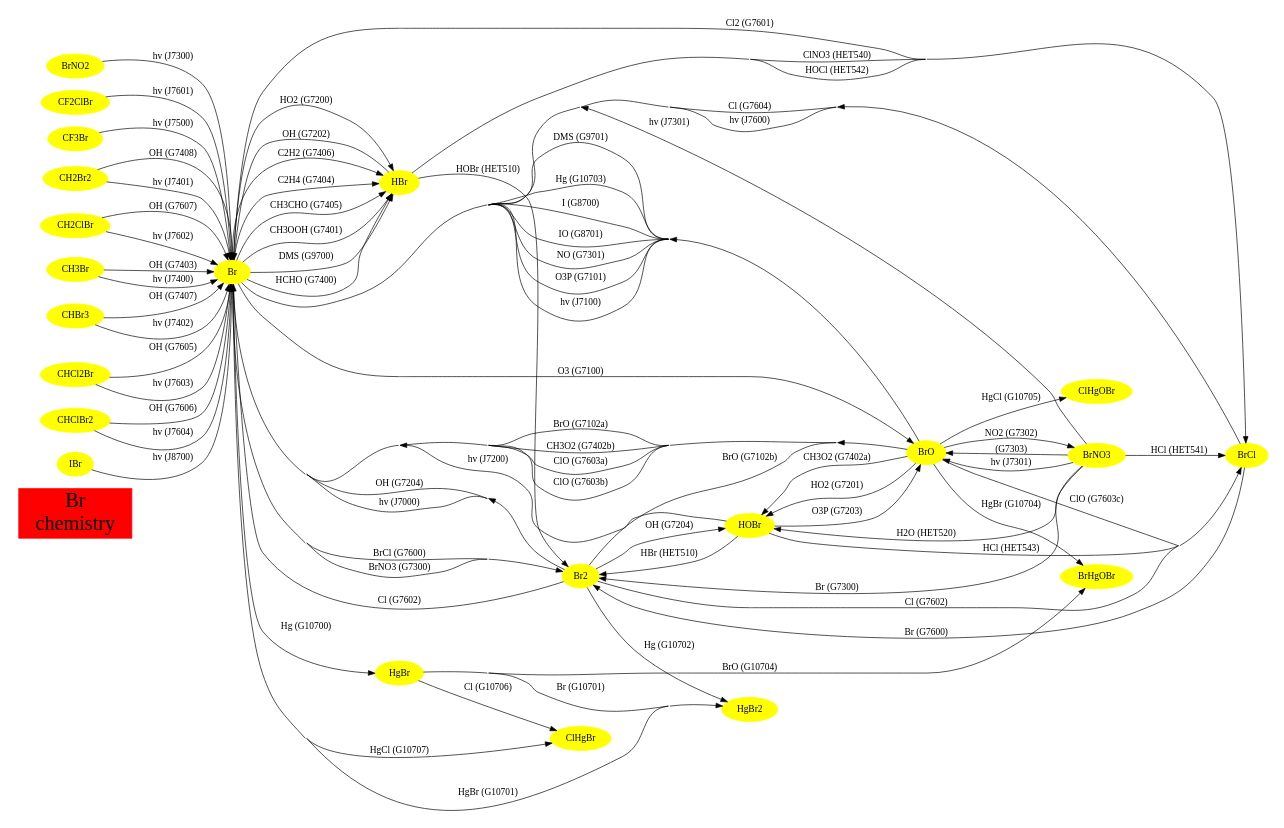
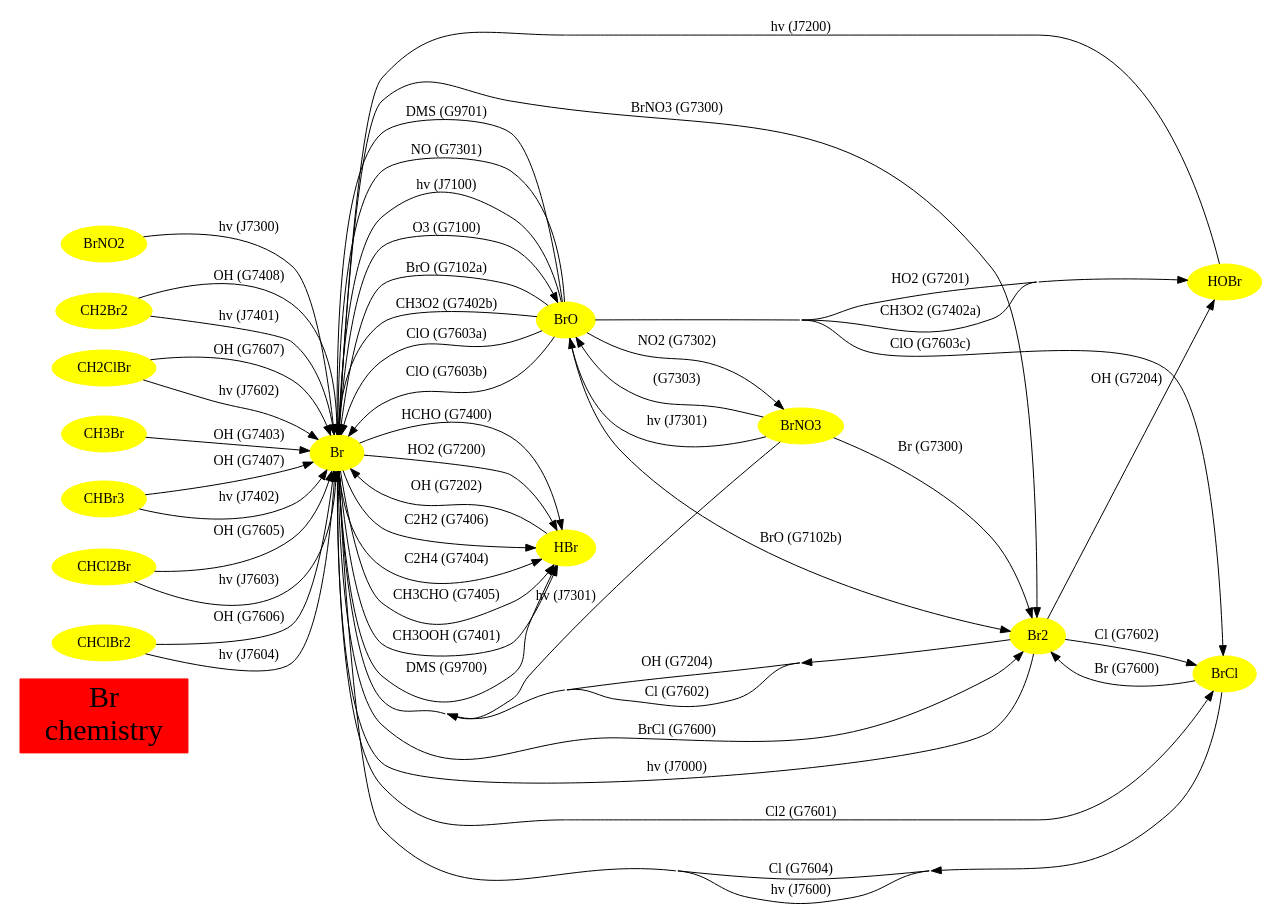
The diagram in mecca/graphviz/Br.dot (HartwigHarder/CAABA), drawn with Graphviz before and after one commit. The commit also changed 86 other files, not shown here.

```diff
--- a/mecca/graphviz/Br.dot
+++ b/mecca/graphviz/Br.dot
@@ -1,110 +1,77 @@
 // Created automatically by xgraphviz, DO NOT EDIT!
 digraph Br {
   concentrate=true;
   rankdir=LR;
   size="8,8";
 "Br\nchemistry"
   [shape=box, fontsize=30,
   style="filled", color=red];
 subgraph species {
 node[shape=oval,
   color=yellow,
   style="filled"];
 Br
 Br2
 BrCl
-BrHgOBr
 BrNO2
 BrNO3
 BrO
-CF2ClBr
-CF3Br
 CH2Br2
 CH2ClBr
 CH3Br
 CHBr3
 CHCl2Br
 CHClBr2
-ClHgBr
-ClHgOBr
 HBr
 HOBr
-HgBr
-HgBr2
-IBr
 }
 Br -> Br2 [label = "BrCl (G7600)"];
 Br -> Br2 [label = "BrNO3 (G7300)"];
 Br -> BrCl [label = "Cl2 (G7601)"];
 Br -> BrO [label = "O3 (G7100)"];
-Br -> ClHgBr [label = "HgCl (G10707)"];
 Br -> HBr [label = "C2H2 (G7406)"];
 Br -> HBr [label = "C2H4 (G7404)"];
 Br -> HBr [label = "CH3CHO (G7405)"];
 Br -> HBr [label = "CH3OOH (G7401)"];
 Br -> HBr [label = "DMS (G9700)"];
 Br -> HBr [label = "HCHO (G7400)"];
 Br -> HBr [label = "HO2 (G7200)"];
-Br -> HgBr [label = "Hg (G10700)"];
-Br -> HgBr2 [label = "HgBr (G10701)"];
 Br2 -> Br [label = "Cl (G7602)"];
 Br2 -> Br [label = "OH (G7204)"];
 Br2 -> Br [label = "hv (J7000)"];
 Br2 -> BrCl [label = "Cl (G7602)"];
 Br2 -> HOBr [label = "OH (G7204)"];
-Br2 -> HgBr2 [label = "Hg (G10702)"];
 BrCl -> Br [label = "Cl (G7604)"];
 BrCl -> Br [label = "hv (J7600)"];
 BrCl -> Br2 [label = "Br (G7600)"];
 BrNO2 -> Br [label = "hv (J7300)"];
 BrNO3 -> Br [label = "hv (J7301)"];
 BrNO3 -> Br2 [label = "Br (G7300)"];
-BrNO3 -> BrCl [label = "HCl (HET541)"];
 BrNO3 -> BrO [label = " (G7303)"];
 BrNO3 -> BrO [label = "hv (J7301)"];
-BrNO3 -> HOBr [label = "H2O (HET520)"];
 BrO -> Br [label = "BrO (G7102a)"];
 BrO -> Br [label = "CH3O2 (G7402b)"];
 BrO -> Br [label = "ClO (G7603a)"];
 BrO -> Br [label = "ClO (G7603b)"];
 BrO -> Br [label = "DMS (G9701)"];
-BrO -> Br [label = "Hg (G10703)"];
-BrO -> Br [label = "I (G8700)"];
-BrO -> Br [label = "IO (G8701)"];
 BrO -> Br [label = "NO (G7301)"];
-BrO -> Br [label = "O3P (G7101)"];
 BrO -> Br [label = "hv (J7100)"];
 BrO -> Br2 [label = "BrO (G7102b)"];
 BrO -> BrCl [label = "ClO (G7603c)"];
-BrO -> BrHgOBr [label = "HgBr (G10704)"];
 BrO -> BrNO3 [label = "NO2 (G7302)"];
-BrO -> ClHgOBr [label = "HgCl (G10705)"];
 BrO -> HOBr [label = "CH3O2 (G7402a)"];
 BrO -> HOBr [label = "HO2 (G7201)"];
-CF2ClBr -> Br [label = "hv (J7601)"];
-CF3Br -> Br [label = "hv (J7500)"];
 CH2Br2 -> Br [label = "OH (G7408)"];
 CH2Br2 -> Br [label = "hv (J7401)"];
 CH2ClBr -> Br [label = "OH (G7607)"];
 CH2ClBr -> Br [label = "hv (J7602)"];
 CH3Br -> Br [label = "OH (G7403)"];
-CH3Br -> Br [label = "hv (J7400)"];
 CHBr3 -> Br [label = "OH (G7407)"];
 CHBr3 -> Br [label = "hv (J7402)"];
 CHCl2Br -> Br [label = "OH (G7605)"];
 CHCl2Br -> Br [label = "hv (J7603)"];
 CHClBr2 -> Br [label = "OH (G7606)"];
 CHClBr2 -> Br [label = "hv (J7604)"];
 HBr -> Br [label = "OH (G7202)"];
-HBr -> Br2 [label = "HOBr (HET510)"];
-HBr -> BrCl [label = "ClNO3 (HET540)"];
-HBr -> BrCl [label = "HOCl (HET542)"];
 HOBr -> Br [label = "hv (J7200)"];
-HOBr -> Br2 [label = "HBr (HET510)"];
-HOBr -> BrCl [label = "HCl (HET543)"];
-HOBr -> BrO [label = "O3P (G7203)"];
-HgBr -> BrHgOBr [label = "BrO (G10704)"];
-HgBr -> ClHgBr [label = "Cl (G10706)"];
-HgBr -> HgBr2 [label = "Br (G10701)"];
-IBr -> Br [label = "hv (J8700)"];
 }
```
